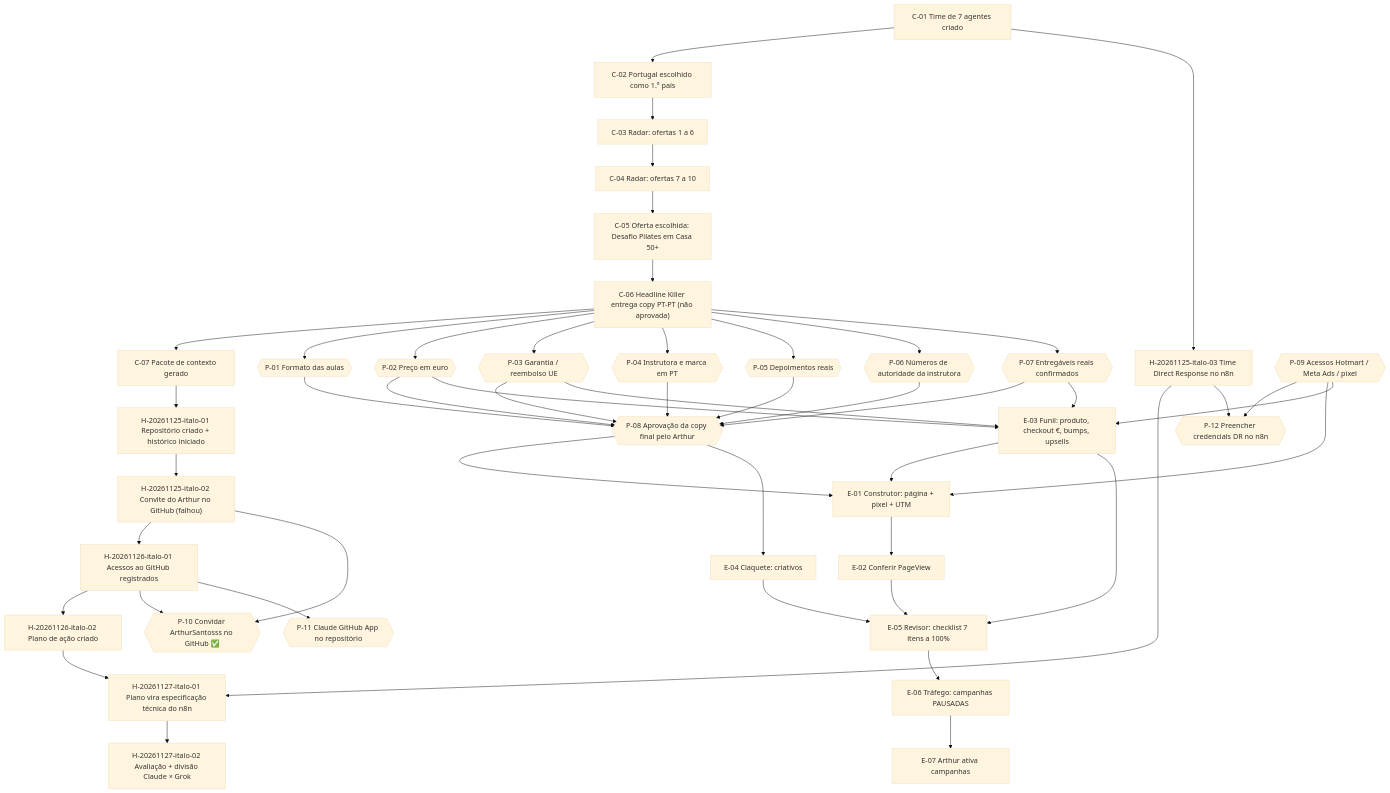
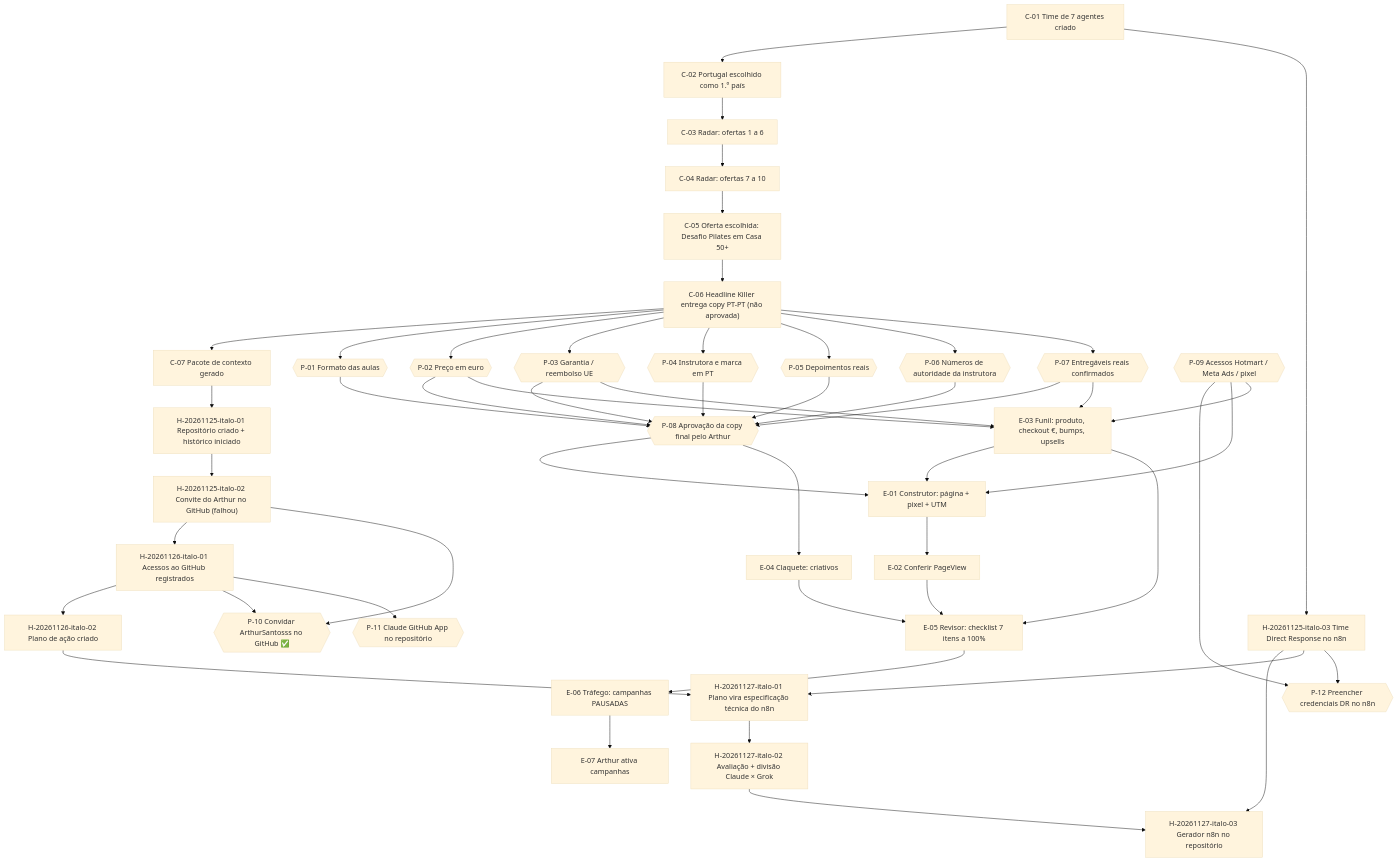
Before and after one commit to italoxdemelo/direct-response: the diagram in historico/MAPA-DEPENDENCIAS.md, drawn with Mermaid (base theme). The commit also changed other lines of this file and 18 other files, not shown here.

First line of the commit message:
H-20261127-italo-03: trazer o gerador do fluxo n8n para n8n/

````diff
--- a/historico/MAPA-DEPENDENCIAS.md
+++ b/historico/MAPA-DEPENDENCIAS.md
@@ -20,67 +20,69 @@
 ```mermaid
 flowchart TD
   %% Contexto original (25/11/2026, antes do repositório)
   C01["C-01 Time de 7 agentes criado"]
   C02["C-02 Portugal escolhido como 1.º país"]
   C03["C-03 Radar: ofertas 1 a 6"]
   C04["C-04 Radar: ofertas 7 a 10"]
   C05["C-05 Oferta escolhida: Desafio Pilates em Casa 50+"]
   C06["C-06 Headline Killer entrega copy PT-PT (não aprovada)"]
   C07["C-07 Pacote de contexto gerado"]
 
   C01 --> C02 --> C03 --> C04 --> C05 --> C06 --> C07
 
   %% Repositório
   H01["H-20261125-italo-01 Repositório criado + histórico iniciado"]
   C07 --> H01
   H02["H-20261125-italo-02 Convite do Arthur no GitHub (falhou)"]
   H03["H-20261125-italo-03 Time Direct Response no n8n"]
   H04["H-20261126-italo-01 Acessos ao GitHub registrados"]
   H05["H-20261126-italo-02 Plano de ação criado"]
   H06["H-20261127-italo-01 Plano vira especificação técnica do n8n"]
   H07["H-20261127-italo-02 Avaliação + divisão Claude × Grok"]
+  H08["H-20261127-italo-03 Gerador n8n no repositório"]
   H01 --> H02 --> H04 --> H05 --> H06
-  H06 --> H07
+  H06 --> H07 --> H08
+  H03 --> H08
   H03 --> H06
   C01 --> H03
 
   %% Pendências abertas
   P01{{"P-01 Formato das aulas"}}
   P02{{"P-02 Preço em euro"}}
   P03{{"P-03 Garantia / reembolso UE"}}
   P04{{"P-04 Instrutora e marca em PT"}}
   P05{{"P-05 Depoimentos reais"}}
   P06{{"P-06 Números de autoridade da instrutora"}}
   P07{{"P-07 Entregáveis reais confirmados"}}
   P08{{"P-08 Aprovação da copy final pelo Arthur"}}
   P09{{"P-09 Acessos Hotmart / Meta Ads / pixel"}}
   P10{{"P-10 Convidar ArthurSantosss no GitHub ✅"}}
   P11{{"P-11 Claude GitHub App no repositório"}}
   P12{{"P-12 Preencher credenciais DR no n8n"}}
   H02 --> P10
   H04 --> P10
   H04 --> P11
   H03 --> P12
   P09 --> P12
 
   C06 --> P01 & P02 & P03 & P04 & P05 & P06 & P07
   P01 & P02 & P03 & P04 & P05 & P06 & P07 --> P08
 
   %% Etapas futuras do fluxo
   E01["E-01 Construtor: página + pixel + UTM"]
   E02["E-02 Conferir PageView"]
   E03["E-03 Funil: produto, checkout €, bumps, upsells"]
   E04["E-04 Claquete: criativos"]
   E05["E-05 Revisor: checklist 7 itens a 100%"]
   E06["E-06 Tráfego: campanhas PAUSADAS"]
   E07["E-07 Arthur ativa campanhas"]
 
   P08 --> E01
   P09 --> E01
   P02 & P03 & P07 & P09 --> E03
   P08 --> E04
   E01 --> E02
   E03 --> E01
   E02 & E03 & E04 --> E05
   E05 --> E06 --> E07
 ```
````
